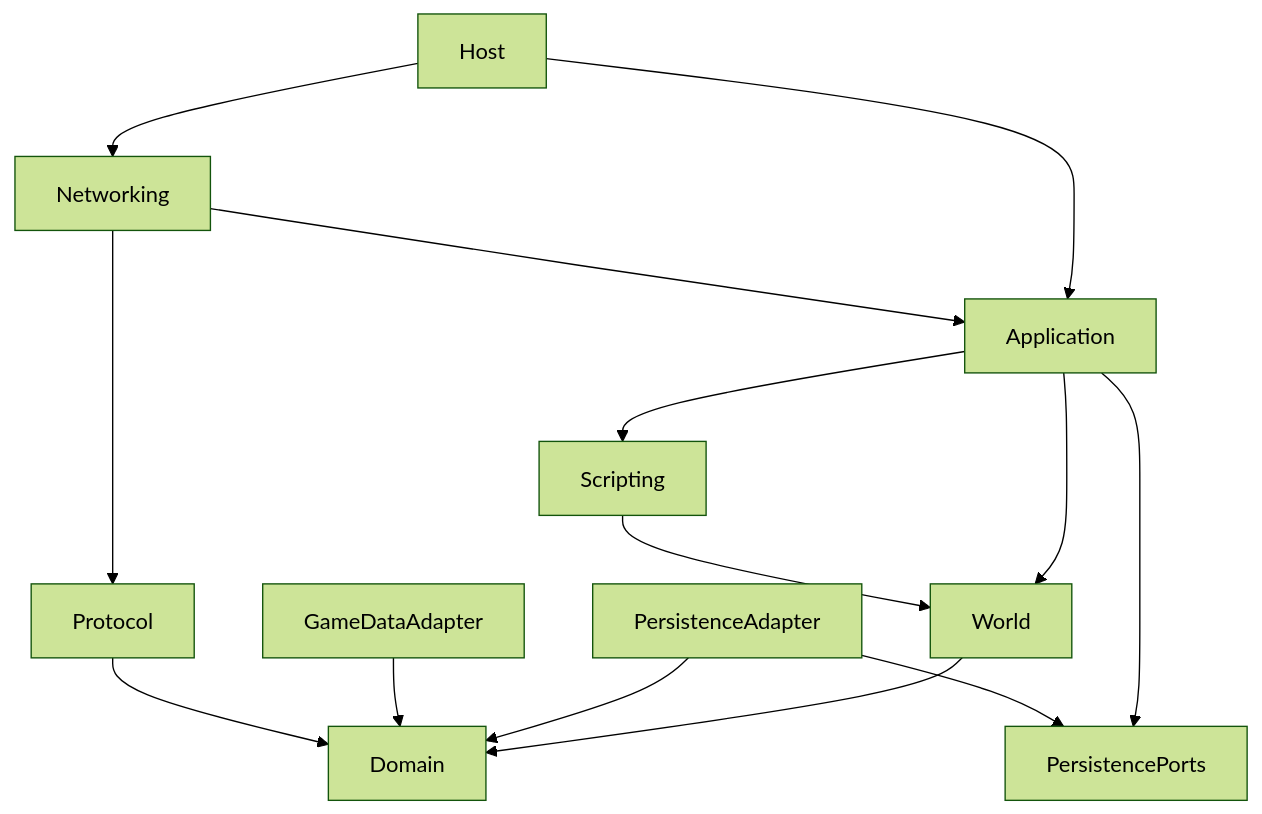
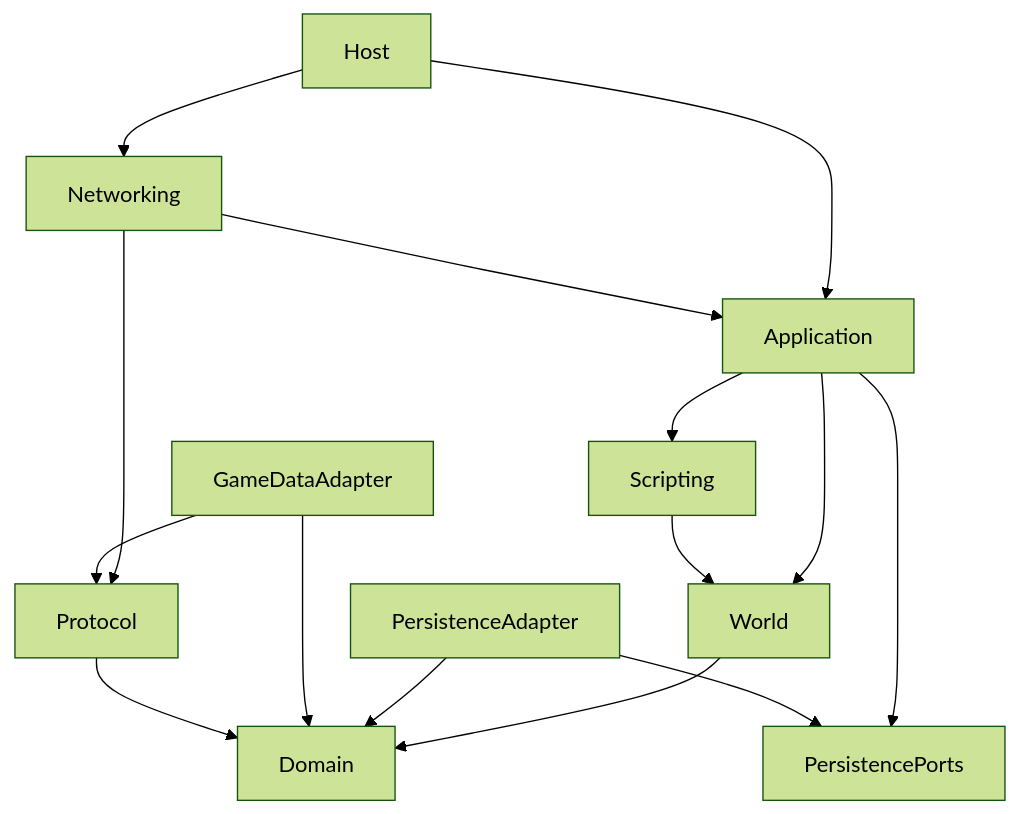
The second of 8 diagrams in docs/architecture/SOLUTION_ARCHITECTURE.md (TPJ11/InfiniteSky), drawn with Mermaid (forest theme) before and after one commit. The commit also changed other lines of this file and 48 other files, not shown here.

````diff
--- a/docs/architecture/SOLUTION_ARCHITECTURE.md
+++ b/docs/architecture/SOLUTION_ARCHITECTURE.md
@@ -73,16 +73,17 @@
 ```mermaid
 flowchart TB
     Host --> Networking
     Host --> Application
     Networking --> Protocol
     Networking --> Application
     Application --> World
     World --> Domain
     Application --> Scripting
     Application --> PersistencePorts
     PersistenceAdapter --> PersistencePorts
     PersistenceAdapter --> Domain
     GameDataAdapter --> Domain
+    GameDataAdapter --> Protocol
     Protocol --> Domain
     Scripting --> World
 ```
````
